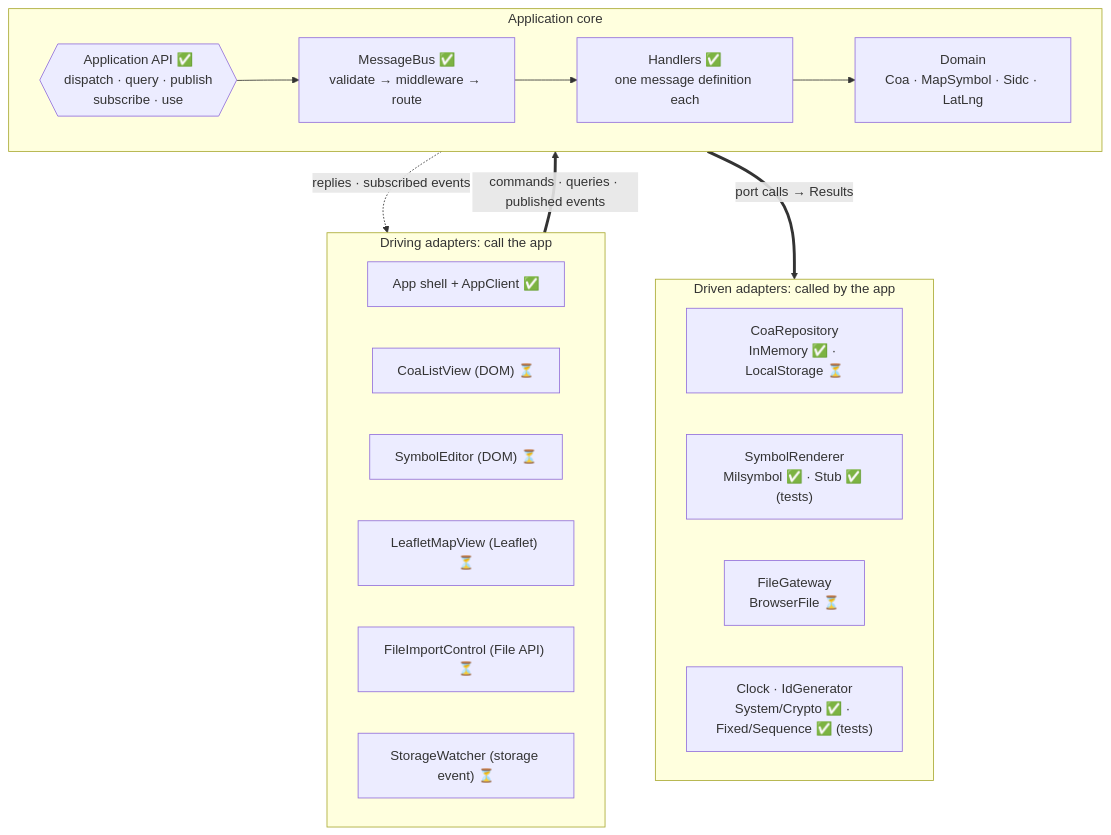
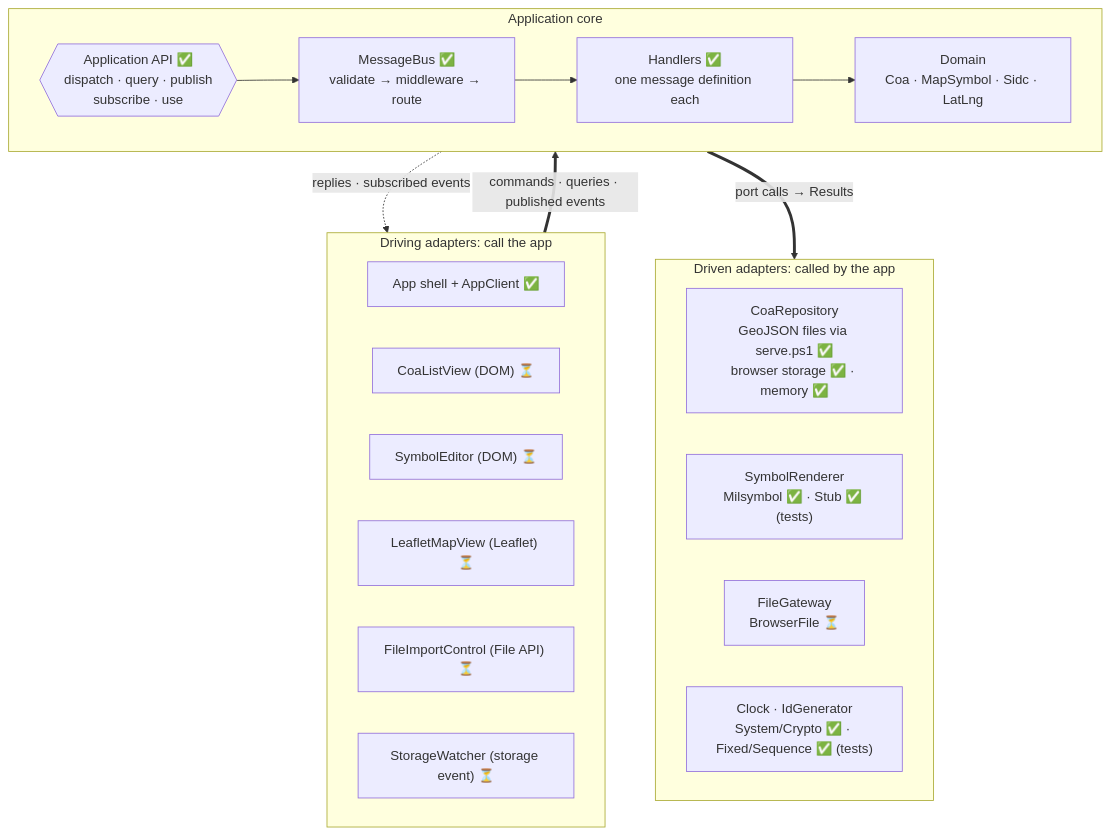
The first of 9 diagrams in docs/ARCHITECTURE.md (kentongoldthorpe/sidc), drawn with Mermaid before and after one commit. The commit also changed other lines of this file and 8 other files, not shown here.

First line of the commit message:
COA-1.15/3.4: browser-storage fallback and storage chosen at start-up

````diff
--- a/docs/ARCHITECTURE.md
+++ b/docs/ARCHITECTURE.md
@@ -16,33 +16,33 @@
 ```mermaid
 flowchart TB
   subgraph driving["Driving adapters: call the app"]
     direction LR
     SHELL["App shell + AppClient ✅"]
     LIST["CoaListView (DOM) ⏳"]
     EDITOR["SymbolEditor (DOM) ⏳"]
     MAP["LeafletMapView (Leaflet) ⏳"]
     IMPORT["FileImportControl (File API) ⏳"]
     WATCH["StorageWatcher (storage event) ⏳"]
   end
 
   subgraph core["Application core"]
     direction LR
     API{{"Application API ✅<br/>dispatch · query · publish<br/>subscribe · use"}}
     BUS["MessageBus ✅<br/>validate → middleware → route"]
     HANDLERS["Handlers ✅<br/>one message definition each"]
     DOMAIN["Domain<br/>Coa · MapSymbol · Sidc · LatLng"]
     API --> BUS --> HANDLERS --> DOMAIN
   end
 
   subgraph driven["Driven adapters: called by the app"]
     direction LR
-    REPO["CoaRepository<br/>InMemory ✅ · LocalStorage ⏳"]
+    REPO["CoaRepository<br/>GeoJSON files via serve.ps1 ✅<br/>browser storage ✅ · memory ✅"]
     RENDER["SymbolRenderer<br/>Milsymbol ✅ · Stub ✅ (tests)"]
     FILES["FileGateway<br/>BrowserFile ⏳"]
     SYS["Clock · IdGenerator<br/>System/Crypto ✅ · Fixed/Sequence ✅ (tests)"]
   end
 
   driving == "commands · queries · published events" ==> API
   API -. "replies · subscribed events" .-> driving
   HANDLERS == "port calls → Results" ==> driven
 ```
````
